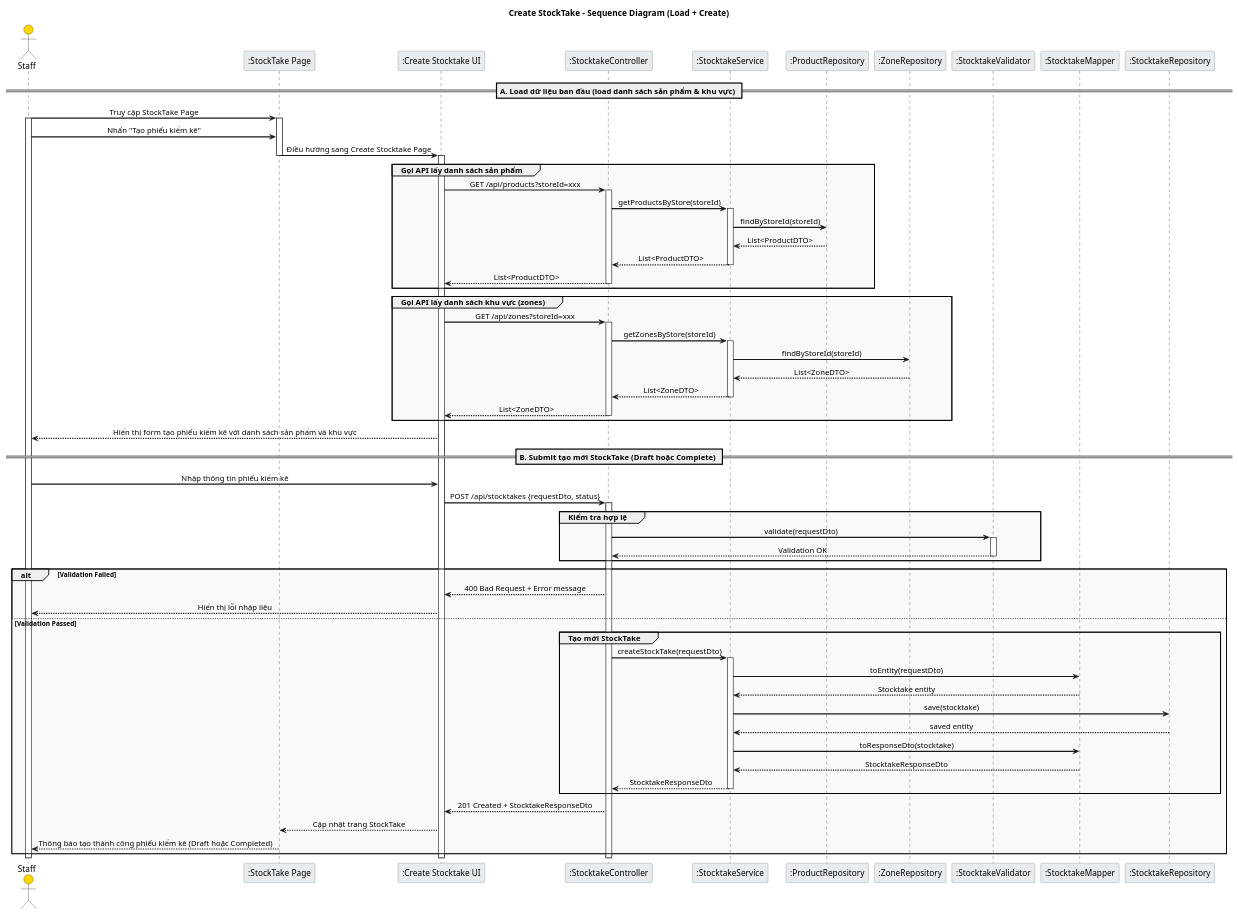
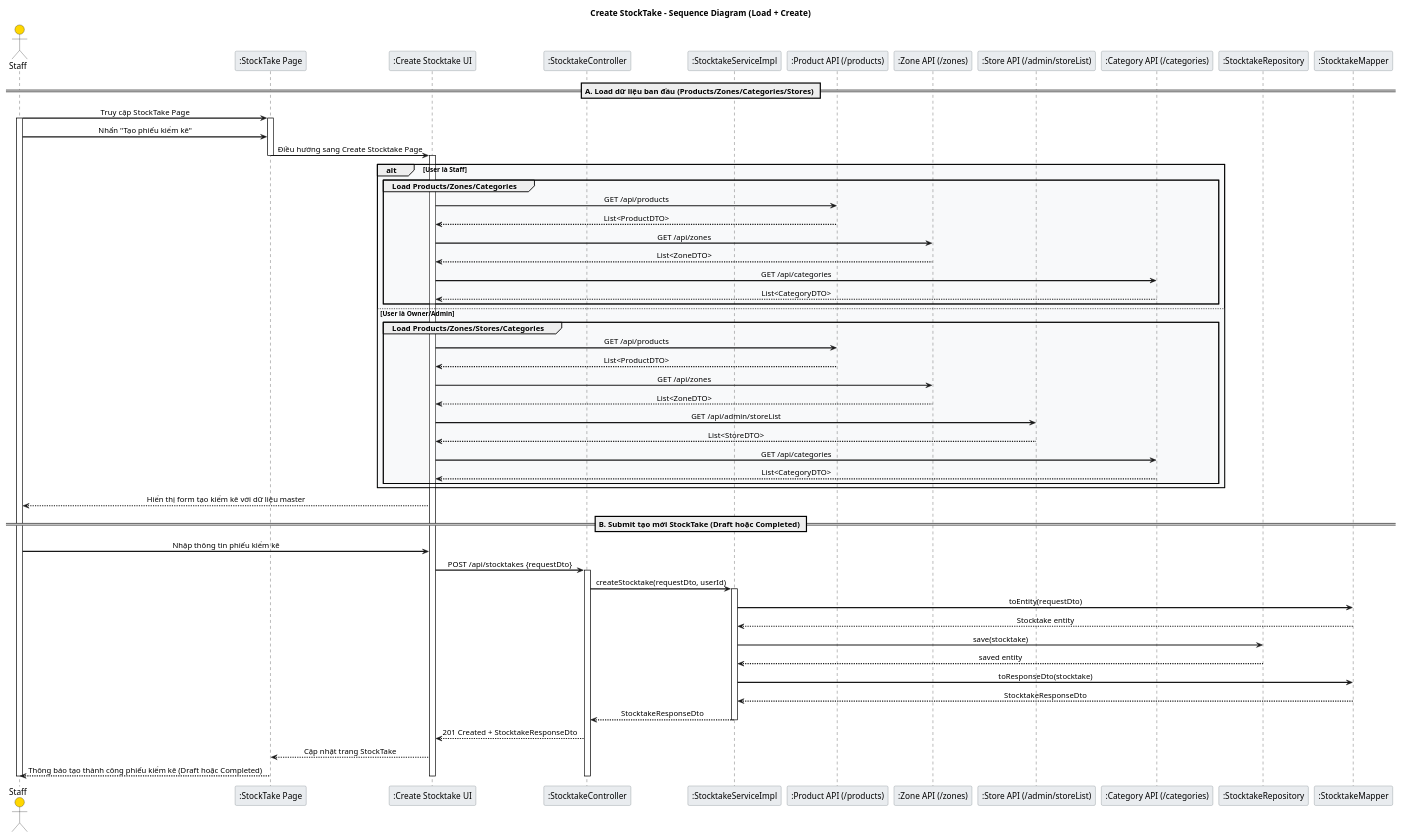
The diagram in Stocktake_Create_Sequence.puml (LamVNT/Farmovo), drawn with PlantUML before and after one commit. The commit also changed 11 other files, not shown here.

```diff
--- a/Stocktake_Create_Sequence.puml
+++ b/Stocktake_Create_Sequence.puml
@@ -1,107 +1,83 @@
 @startuml Create_StockTake_SequenceDiagram
 
 skinparam backgroundColor white
 skinparam sequenceArrowThickness 2
 skinparam sequenceMessageAlign center
 skinparam sequenceGroupBodyBackgroundColor #F8F9FA
 skinparam sequenceParticipantBorderColor #6C757D
 skinparam sequenceParticipantBackgroundColor #E9ECEF
 skinparam sequenceLifeLineStroke dash
 skinparam actorBackgroundColor #FFD700
 
 title Create StockTake – Sequence Diagram (Load + Create)
 
 actor Staff
 participant ":StockTake Page" as UI
 participant ":Create Stocktake UI" as CreateUI
 participant ":StocktakeController" as Controller
-participant ":StocktakeService" as Service
-participant ":ProductRepository" as ProductRepo
-participant ":ZoneRepository" as ZoneRepo
-participant ":StocktakeValidator" as Validator
+participant ":StocktakeServiceImpl" as Service
+participant ":Product API (/products)" as ProductAPI
+participant ":Zone API (/zones)" as ZoneAPI
+participant ":Store API (/admin/storeList)" as StoreAPI
+participant ":Category API (/categories)" as CategoryAPI
+participant ":StocktakeRepository" as StocktakeRepo
 participant ":StocktakeMapper" as Mapper
-participant ":StocktakeRepository" as StocktakeRepo
 
-== A. Load dữ liệu ban đầu (load danh sách sản phẩm & khu vực) ==
-
+== A. Load dữ liệu ban đầu (Products/Zones/Categories/Stores) ==
 Staff -> UI: Truy cập StockTake Page
 activate Staff
 activate UI
 
 Staff -> UI: Nhấn "Tạo phiếu kiểm kê"
 UI -> CreateUI: Điều hướng sang Create Stocktake Page
 deactivate UI
 activate CreateUI
 
-group Gọi API lấy danh sách sản phẩm
-    CreateUI -> Controller: GET /api/products?storeId=xxx
-    activate Controller
-    Controller -> Service: getProductsByStore(storeId)
-    activate Service
-    Service -> ProductRepo: findByStoreId(storeId)
-    ProductRepo --> Service: List<ProductDTO>
-    Service --> Controller: List<ProductDTO>
-    deactivate Service
-    Controller --> CreateUI: List<ProductDTO>
-    deactivate Controller
+alt User là Staff
+  group Load Products/Zones/Categories
+    CreateUI -> ProductAPI: GET /api/products
+    ProductAPI --> CreateUI: List<ProductDTO>
+    CreateUI -> ZoneAPI: GET /api/zones
+    ZoneAPI --> CreateUI: List<ZoneDTO>
+    CreateUI -> CategoryAPI: GET /api/categories
+    CategoryAPI --> CreateUI: List<CategoryDTO>
+  end
+else User là Owner/Admin
+  group Load Products/Zones/Stores/Categories
+    CreateUI -> ProductAPI: GET /api/products
+    ProductAPI --> CreateUI: List<ProductDTO>
+    CreateUI -> ZoneAPI: GET /api/zones
+    ZoneAPI --> CreateUI: List<ZoneDTO>
+    CreateUI -> StoreAPI: GET /api/admin/storeList
+    StoreAPI --> CreateUI: List<StoreDTO>
+    CreateUI -> CategoryAPI: GET /api/categories
+    CategoryAPI --> CreateUI: List<CategoryDTO>
+  end
 end
 
-group Gọi API lấy danh sách khu vực (zones)
-    CreateUI -> Controller: GET /api/zones?storeId=xxx
-    activate Controller
-    Controller -> Service: getZonesByStore(storeId)
-    activate Service
-    Service -> ZoneRepo: findByStoreId(storeId)
-    ZoneRepo --> Service: List<ZoneDTO>
-    Service --> Controller: List<ZoneDTO>
-    deactivate Service
-    Controller --> CreateUI: List<ZoneDTO>
-    deactivate Controller
-end
+CreateUI --> Staff: Hiển thị form tạo kiểm kê với dữ liệu master
 
-CreateUI --> Staff: Hiển thị form tạo phiếu kiểm kê với danh sách sản phẩm và khu vực
+== B. Submit tạo mới StockTake (Draft hoặc Completed) ==
+Staff -> CreateUI: Nhập thông tin phiếu kiểm kê
+CreateUI -> Controller: POST /api/stocktakes {requestDto}
+activate Controller
+Controller -> Service: createStocktake(requestDto, userId)
+activate Service
+Service -> Mapper: toEntity(requestDto)
+Mapper --> Service: Stocktake entity
+Service -> StocktakeRepo: save(stocktake)
+StocktakeRepo --> Service: saved entity
+Service -> Mapper: toResponseDto(stocktake)
+Mapper --> Service: StocktakeResponseDto
+Service --> Controller: StocktakeResponseDto
+deactivate Service
+Controller --> CreateUI: 201 Created + StocktakeResponseDto
+CreateUI --> UI: Cập nhật trang StockTake
+UI --> Staff: Thông báo tạo thành công phiếu kiểm kê (Draft hoặc Completed)
 
-== B. Submit tạo mới StockTake (Draft hoặc Complete) ==
-
-Staff -> CreateUI: Nhập thông tin phiếu kiểm kê
-CreateUI -> Controller: POST /api/stocktakes {requestDto, status}
-activate Controller
-
-group Kiểm tra hợp lệ
-    Controller -> Validator: validate(requestDto)
-    activate Validator
-    Validator --> Controller: Validation OK
-    deactivate Validator
-end
-
-alt Validation Failed
-    Controller --> CreateUI: 400 Bad Request + Error message
-    CreateUI --> Staff: Hiển thị lỗi nhập liệu
-else Validation Passed
-    group Tạo mới StockTake
-        Controller -> Service: createStockTake(requestDto)
-        activate Service
-
-        Service -> Mapper: toEntity(requestDto)
-        Mapper --> Service: Stocktake entity
-
-        Service -> StocktakeRepo: save(stocktake)
-        StocktakeRepo --> Service: saved entity
-
-        Service -> Mapper: toResponseDto(stocktake)
-        Mapper --> Service: StocktakeResponseDto
-
-        Service --> Controller: StocktakeResponseDto
-        deactivate Service
-    end
-
-    Controller --> CreateUI: 201 Created + StocktakeResponseDto
-    CreateUI --> UI: Cập nhật trang StockTake
-    UI --> Staff: Thông báo tạo thành công phiếu kiểm kê (Draft hoặc Completed)
-end
 deactivate Controller
 deactivate CreateUI
 deactivate UI
 deactivate Staff
 
 @enduml
```
